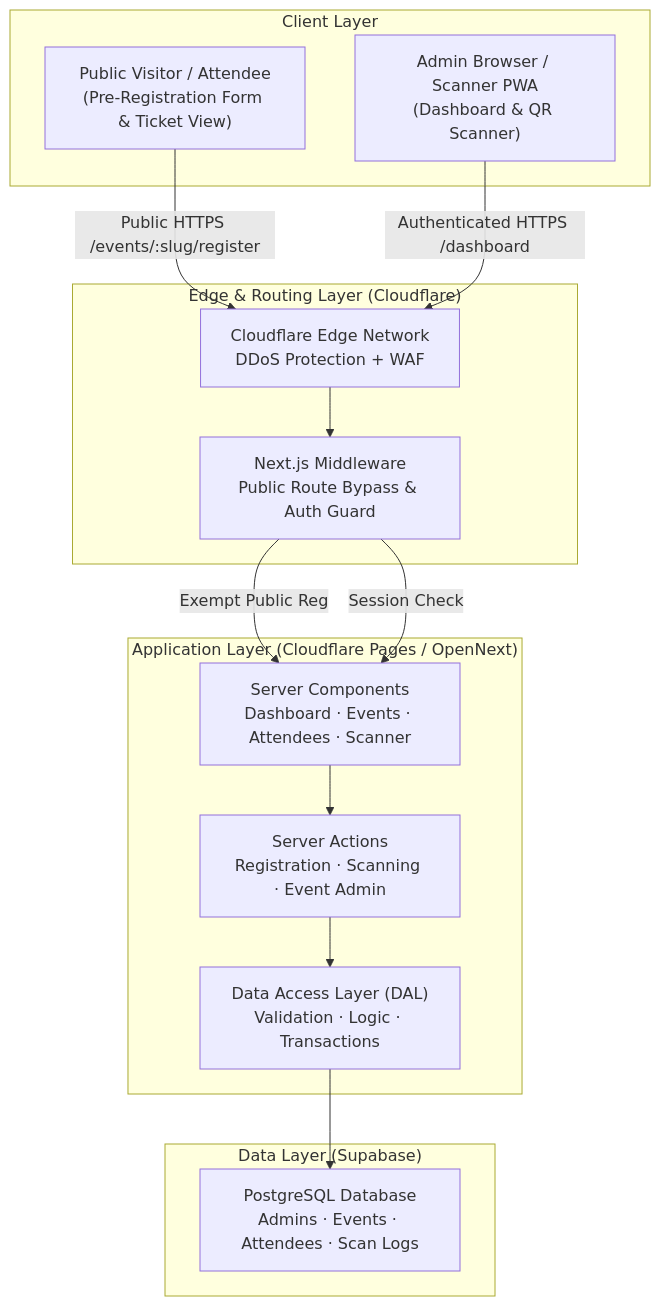
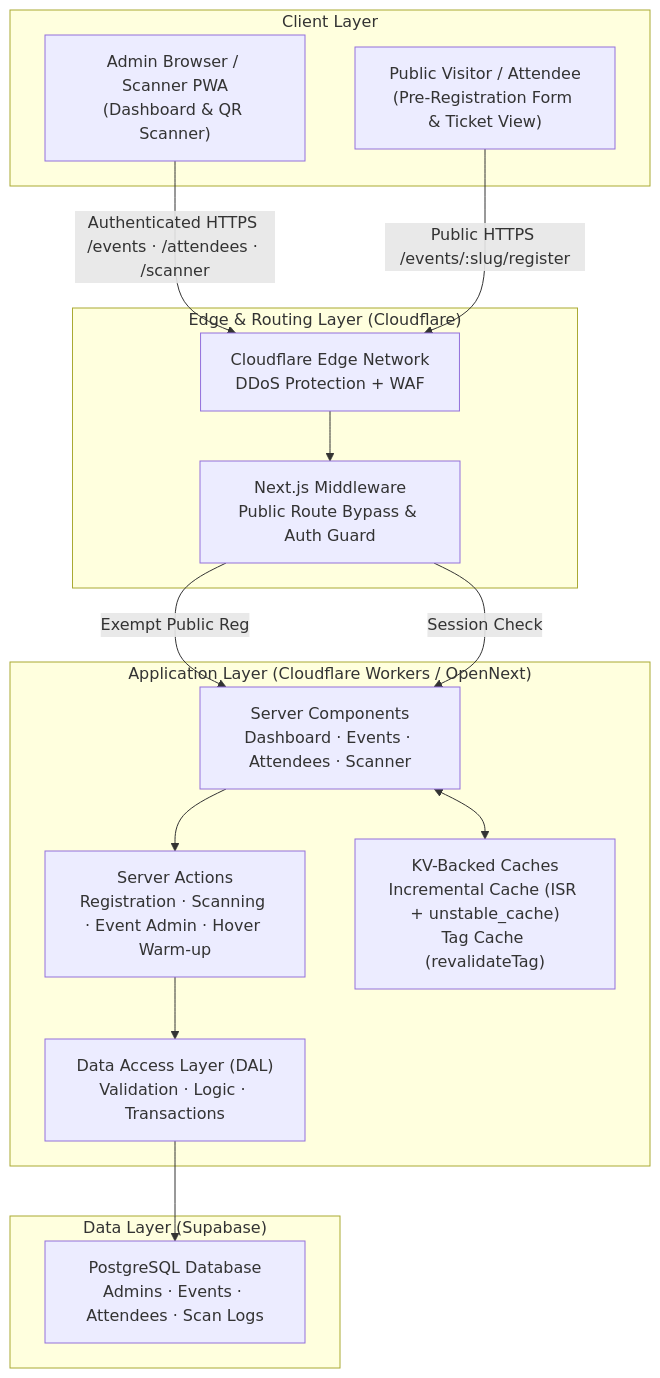
The diagram in docs/architecture.md (christian1202/FlowCheck), drawn with Mermaid before and after one commit. The commit also changed other lines of this file and 38 other files, not shown here.

````diff
--- a/docs/architecture.md
+++ b/docs/architecture.md
@@ -13,31 +13,33 @@
 ```mermaid
 graph TB
     subgraph "Client Layer"
         A["Admin Browser / Scanner PWA<br/>(Dashboard & QR Scanner)"]
         B["Public Visitor / Attendee<br/>(Pre-Registration Form & Ticket View)"]
     end
 
     subgraph "Edge & Routing Layer (Cloudflare)"
         C["Cloudflare Edge Network<br/>DDoS Protection + WAF"]
         G["Next.js Middleware<br/>Public Route Bypass & Auth Guard"]
     end
 
-    subgraph "Application Layer (Cloudflare Pages / OpenNext)"
+    subgraph "Application Layer (Cloudflare Workers / OpenNext)"
         D["Server Components<br/>Dashboard · Events · Attendees · Scanner"]
-        E["Server Actions<br/>Registration · Scanning · Event Admin"]
+        E["Server Actions<br/>Registration · Scanning · Event Admin · Hover Warm-up"]
         H["Data Access Layer (DAL)<br/>Validation · Logic · Transactions"]
+        K["KV-Backed Caches<br/>Incremental Cache (ISR + unstable_cache)<br/>Tag Cache (revalidateTag)"]
     end
 
     subgraph "Data Layer (Supabase)"
         I["PostgreSQL Database<br/>Admins · Events · Attendees · Scan Logs"]
     end
 
+    A -->|Authenticated HTTPS /events · /attendees · /scanner| C
     B -->|Public HTTPS /events/:slug/register| C
-    A -->|Authenticated HTTPS /dashboard| C
     C --> G
     G -->|Exempt Public Reg| D
     G -->|Session Check| D
     D --> E
     E --> H
     H --> I
+    D <--> K
 ```
````
